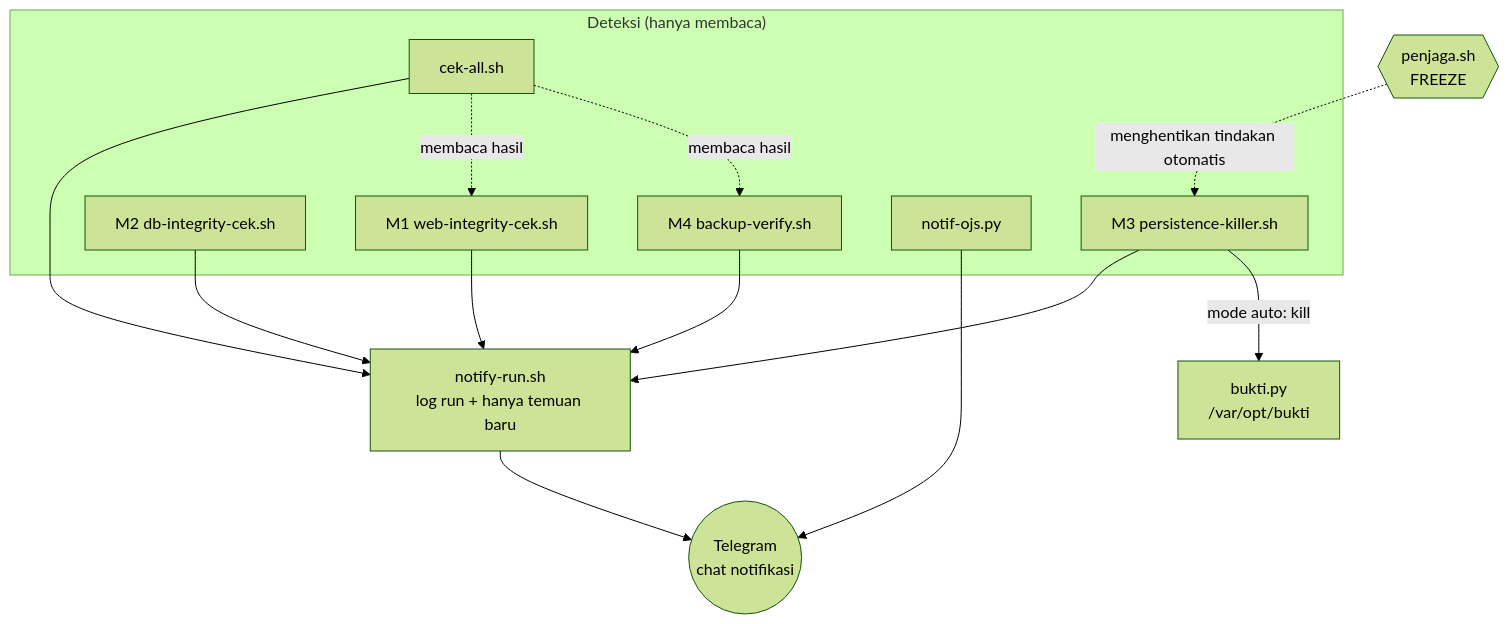
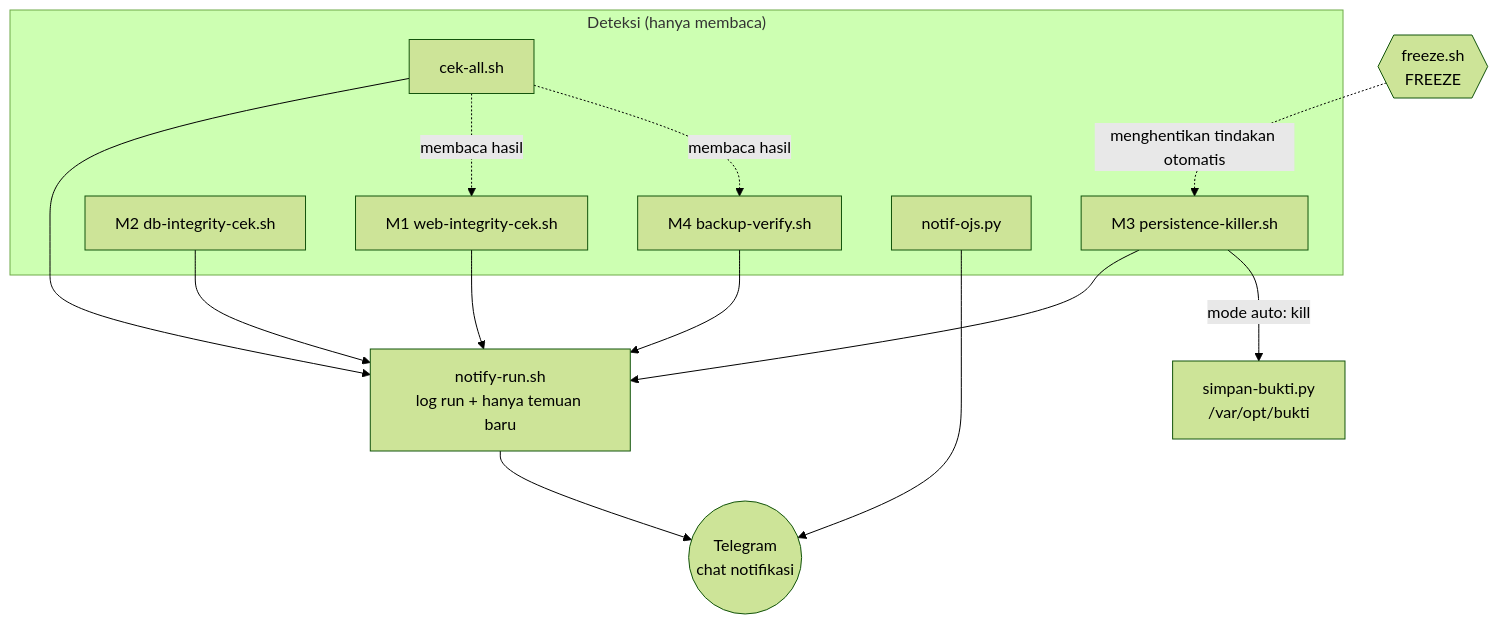
Before and after one commit to muhammadandykmaulana/lab-reproduksi: the second of 5 diagrams in STRUKTUR.md, drawn with Mermaid (forest theme). The commit also changed other lines of this file and 120 other files, not shown here.

Commit message:
Ganti nama skrip dan folder (pencegahan, pendukung, M5-blokir-attacker, freeze.sh, kumpulkan-bukti.sh); buang nama lama

````diff
--- a/STRUKTUR.md
+++ b/STRUKTUR.md
@@ -220,27 +221,27 @@
 ```mermaid
 flowchart TB
   subgraph DETEKSI["Deteksi (hanya membaca)"]
     M1["M1 web-integrity-cek.sh"]
     M2["M2 db-integrity-cek.sh"]
     M3["M3 persistence-killer.sh"]
     M4["M4 backup-verify.sh"]
     CA["cek-all.sh"]
     NO["notif-ojs.py"]
   end
   NR["notify-run.sh<br/>log run + hanya temuan baru"]
   TG(("Telegram<br/>chat notifikasi"))
-  FZ{{"penjaga.sh<br/>FREEZE"}}
-  BK["bukti.py<br/>/var/opt/bukti"]
+  FZ{{"freeze.sh<br/>FREEZE"}}
+  BK["simpan-bukti.py<br/>/var/opt/bukti"]
 
   M1 --> NR
   M2 --> NR
   M3 --> NR
   M4 --> NR
   CA --> NR
   NO --> TG
   NR --> TG
   M3 -- "mode auto: kill" --> BK
   FZ -. "menghentikan tindakan otomatis" .-> M3
   CA -. "membaca hasil" .-> M1
   CA -. "membaca hasil" .-> M4
 ```
````
